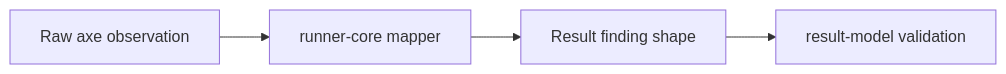
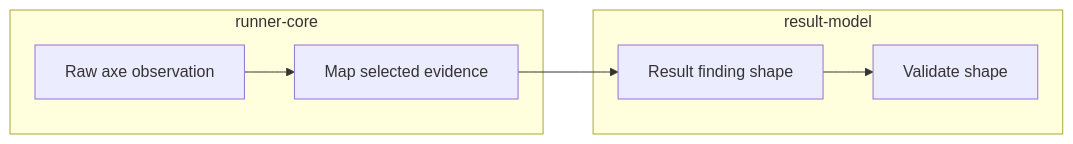
The diagram in Learning Plan/Packages/result-model/Lessons/04-accessibility-evidence.md (Scott-D-Hodgson/stagehand), drawn with Mermaid before and after one commit. The commit also changed 50 other files, not shown here.

````diff
--- a/Learning Plan/Packages/result-model/Lessons/04-accessibility-evidence.md
+++ b/Learning Plan/Packages/result-model/Lessons/04-accessibility-evidence.md
@@ -9,6 +9,10 @@
 ```mermaid
 flowchart LR
-    A[Raw axe observation] --> M[runner-core mapper]
-    M --> F[Result finding shape]
-    F --> V[result-model validation]
+    subgraph R[runner-core]
+        A[Raw axe observation] --> M[Map selected evidence]
+    end
+    subgraph V[result-model]
+        F[Result finding shape] --> X[Validate shape]
+    end
+    M --> F
 ```
````
